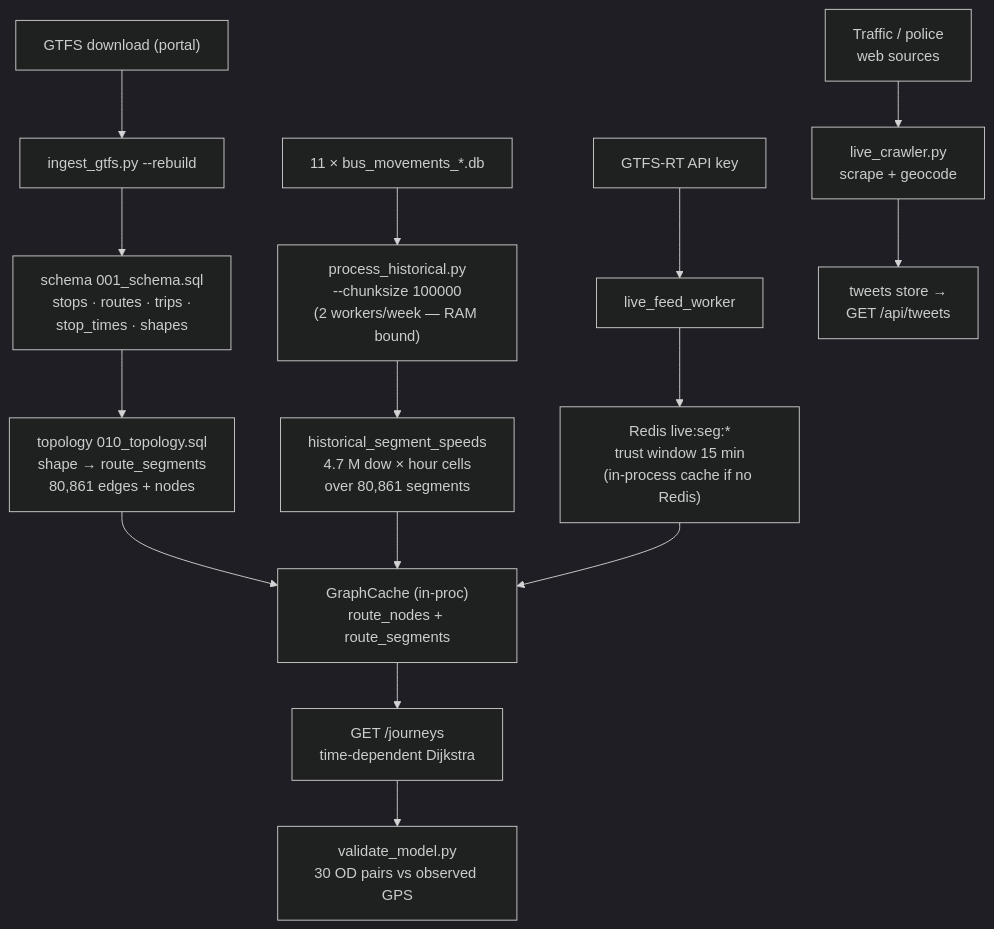
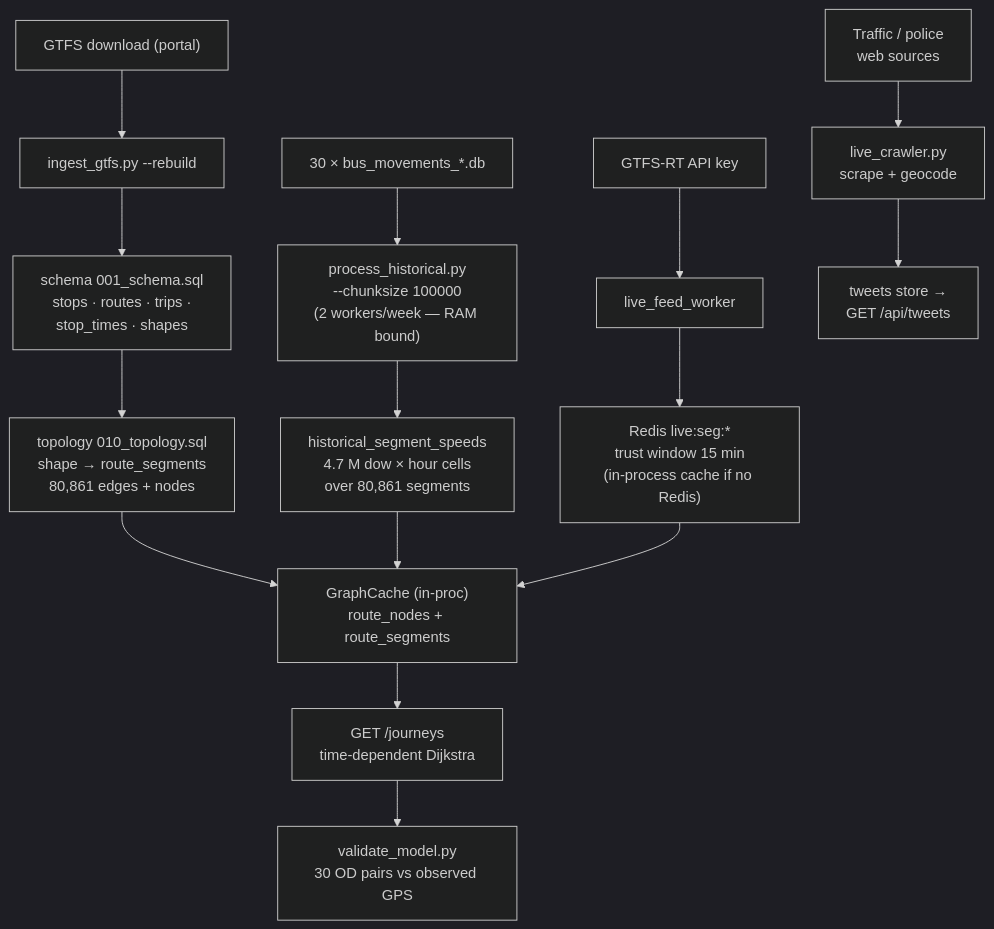
The second of 3 diagrams in README.md (Youngmaster0304/commuttify), drawn with Mermaid (dark theme) before and after one commit. The commit also changed other lines of this file, not shown here.

````diff
--- a/README.md
+++ b/README.md
@@ -87,17 +87,17 @@
 ```mermaid
 flowchart TD
     S1["GTFS download (portal)"] --> I1["ingest_gtfs.py --rebuild"]
     I1 --> T1["schema 001_schema.sql<br/>stops · routes · trips ·<br/>stop_times · shapes"]
     T1 --> T2["topology 010_topology.sql<br/>shape → route_segments<br/>80,861 edges + nodes"]
-    S2["11 × bus_movements_*.db"] --> H1["process_historical.py<br/>--chunksize 100000<br/>(2 workers/week — RAM bound)"]
+    S2["30 × bus_movements_*.db"] --> H1["process_historical.py<br/>--chunksize 100000<br/>(2 workers/week — RAM bound)"]
     H1 --> H2["historical_segment_speeds<br/>4.7 M dow × hour cells<br/>over 80,861 segments"]
     S3["GTFS-RT API key"] --> W1["live_feed_worker"]
     W1 --> W2["Redis live:seg:*<br/>trust window 15 min<br/>(in-process cache if no Redis)"]
     S4["Traffic / police<br/>web sources"] --> W3["live_crawler.py<br/>scrape + geocode"]
     W3 --> W4["tweets store →<br/>GET /api/tweets"]
     T2 --> G["GraphCache (in-proc)<br/>route_nodes + route_segments"]
     H2 --> G
     W2 --> G
     G --> R["GET /journeys<br/>time-dependent Dijkstra"]
     R --> V["validate_model.py<br/>30 OD pairs vs observed GPS"]
 ```
````
